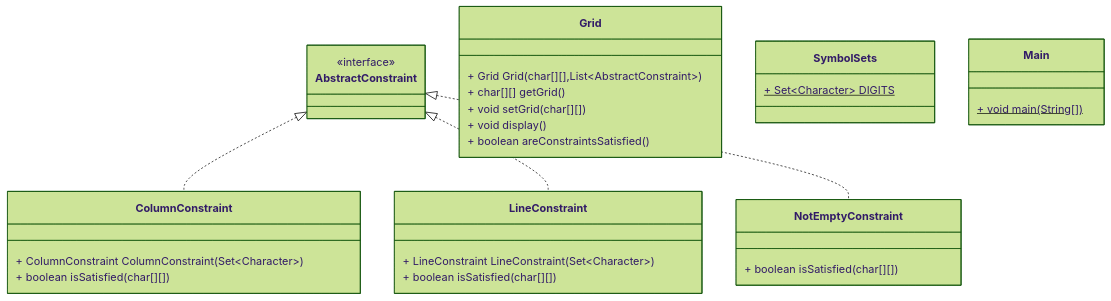
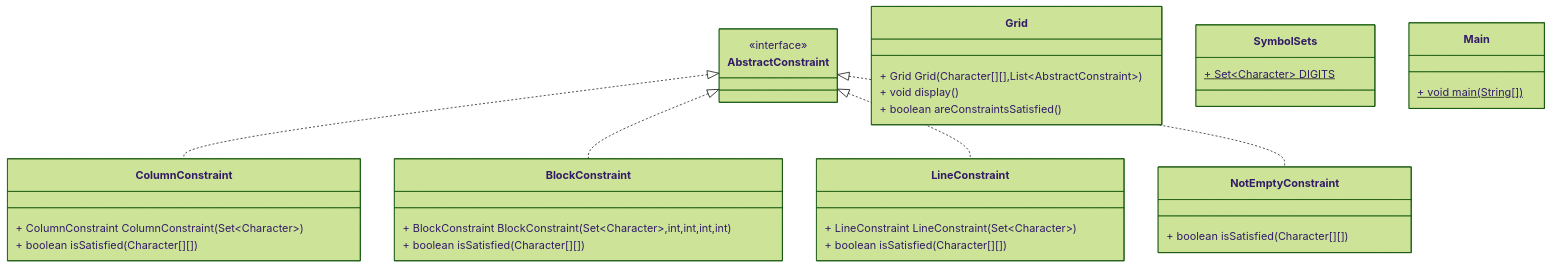
The second of 2 diagrams in README.md (FlashOnFire/SUUUUUUUUUUUudoku), drawn with Mermaid (forest theme) before and after one commit.

Commit message:
doc: update diagram

````diff
--- a/README.md
+++ b/README.md
@@ -33,40 +33,44 @@
 ```mermaid
 classDiagram
 class AbstractConstraint { 
 <<interface>>
 }
 
 class Grid { 
-+ Grid Grid(char[][],List~AbstractConstraint~)
-+ char[][] getGrid()
-+ void setGrid(char[][])
++ Grid Grid(Character[][],List~AbstractConstraint~)
 + void display()
 + boolean areConstraintsSatisfied()
 }
 
 class ColumnConstraint { 
 + ColumnConstraint ColumnConstraint(Set~Character~)
-+ boolean isSatisfied(char[][])
++ boolean isSatisfied(Character[][])
+}
+
+class BlockConstraint { 
++ BlockConstraint BlockConstraint(Set~Character~,int,int,int,int)
++ boolean isSatisfied(Character[][])
 }
 
 class SymbolSets { 
 + Set~Character~ DIGITS$
 }
 
 class LineConstraint { 
 + LineConstraint LineConstraint(Set~Character~)
-+ boolean isSatisfied(char[][])
++ boolean isSatisfied(Character[][])
 }
 
 class NotEmptyConstraint { 
-+ boolean isSatisfied(char[][])
++ boolean isSatisfied(Character[][])
 }
 
 class Main { 
 + void main(String[])$
 }
 
 AbstractConstraint <|.. ColumnConstraint
+AbstractConstraint <|.. BlockConstraint
 AbstractConstraint <|.. LineConstraint
 AbstractConstraint <|.. NotEmptyConstraint
 ```
````
